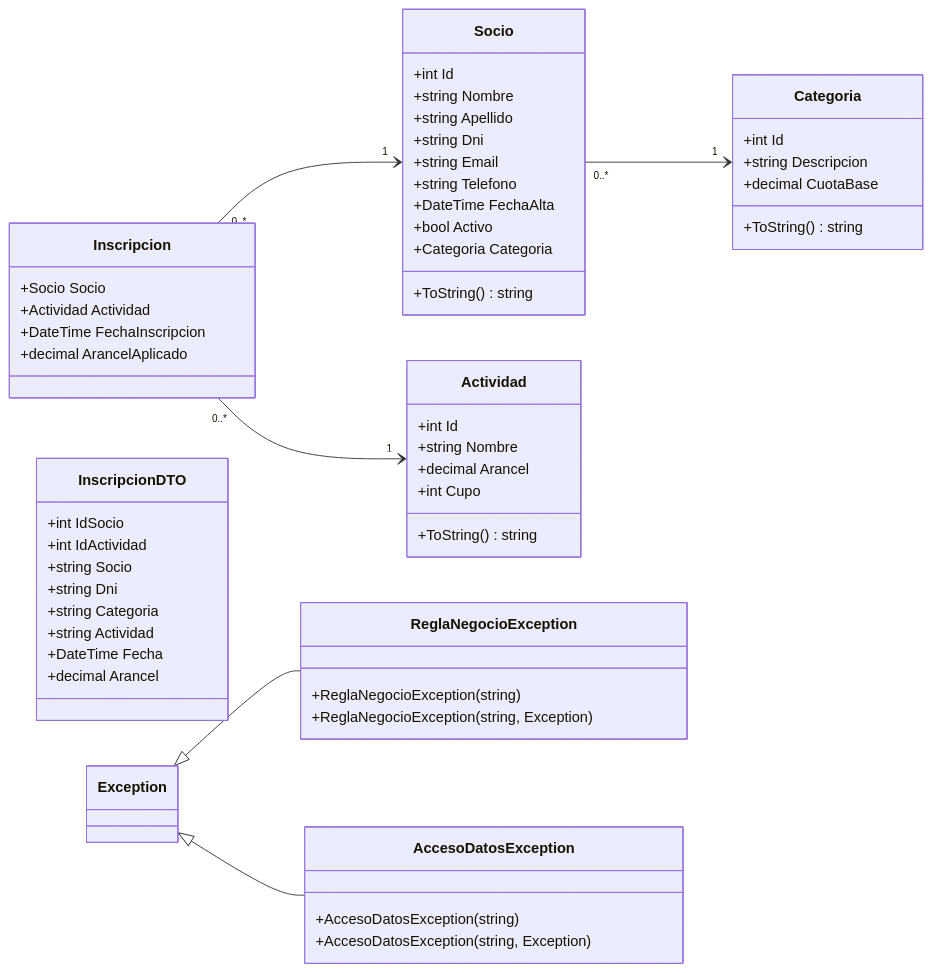
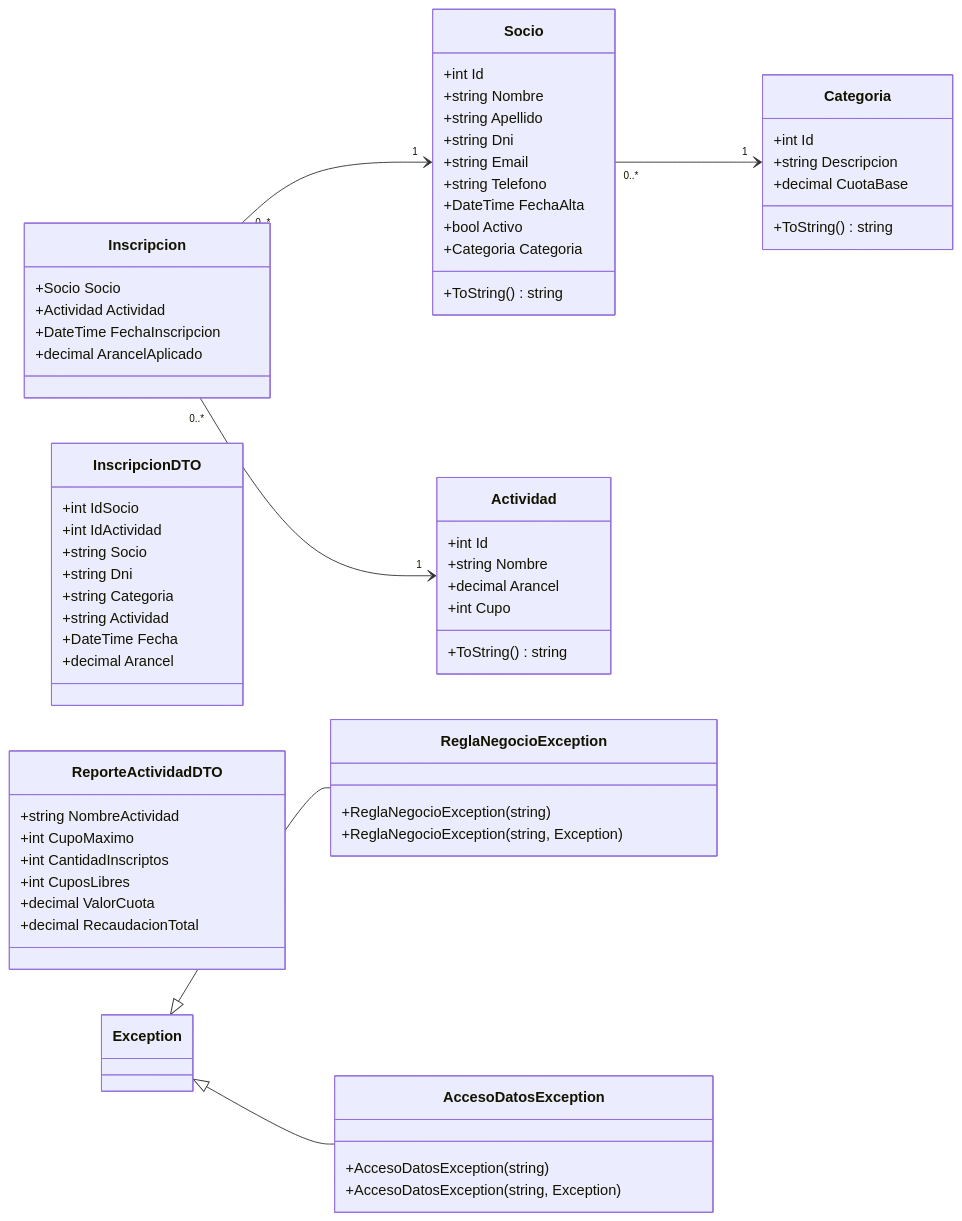
One commit to lucasgaudino16-dotcom/ClubGestion changed the diagram in docs/diagramas/clases-entidades.mmd. Above: the diagram before and after it, drawn with Mermaid. The commit also changed 16 other files, not shown here.

```diff
--- a/docs/diagramas/clases-entidades.mmd
+++ b/docs/diagramas/clases-entidades.mmd
@@ -1,66 +1,75 @@
 classDiagram
     direction LR
 
     class Categoria {
         +int Id
         +string Descripcion
         +decimal CuotaBase
         +ToString() string
     }
 
     class Socio {
         +int Id
         +string Nombre
         +string Apellido
         +string Dni
         +string Email
         +string Telefono
         +DateTime FechaAlta
         +bool Activo
         +Categoria Categoria
         +ToString() string
     }
 
     class Actividad {
         +int Id
         +string Nombre
         +decimal Arancel
         +int Cupo
         +ToString() string
     }
 
     class Inscripcion {
         +Socio Socio
         +Actividad Actividad
         +DateTime FechaInscripcion
         +decimal ArancelAplicado
     }
 
     class InscripcionDTO {
         +int IdSocio
         +int IdActividad
         +string Socio
         +string Dni
         +string Categoria
         +string Actividad
         +DateTime Fecha
         +decimal Arancel
     }
 
+    class ReporteActividadDTO {
+        +string NombreActividad
+        +int CupoMaximo
+        +int CantidadInscriptos
+        +int CuposLibres
+        +decimal ValorCuota
+        +decimal RecaudacionTotal
+    }
+
     class Exception
 
     class ReglaNegocioException {
         +ReglaNegocioException(string)
         +ReglaNegocioException(string, Exception)
     }
 
     class AccesoDatosException {
         +AccesoDatosException(string)
         +AccesoDatosException(string, Exception)
     }
 
     Socio "0..*" --> "1" Categoria
     Inscripcion "0..*" --> "1" Socio
     Inscripcion "0..*" --> "1" Actividad
     Exception <|-- ReglaNegocioException
     Exception <|-- AccesoDatosException
```
